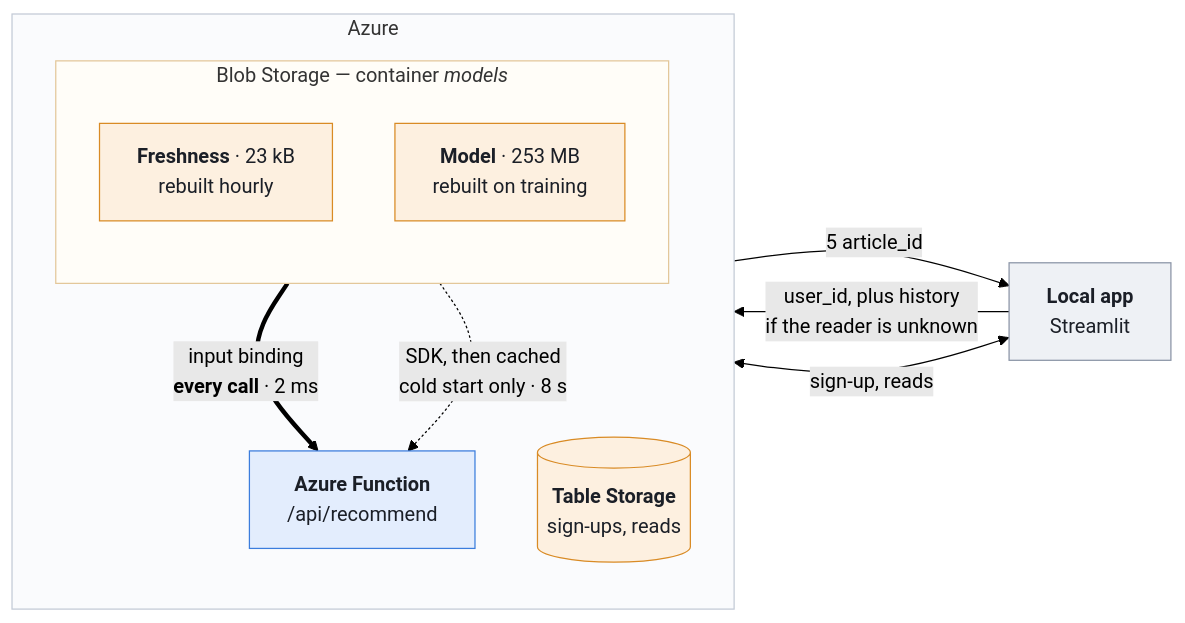
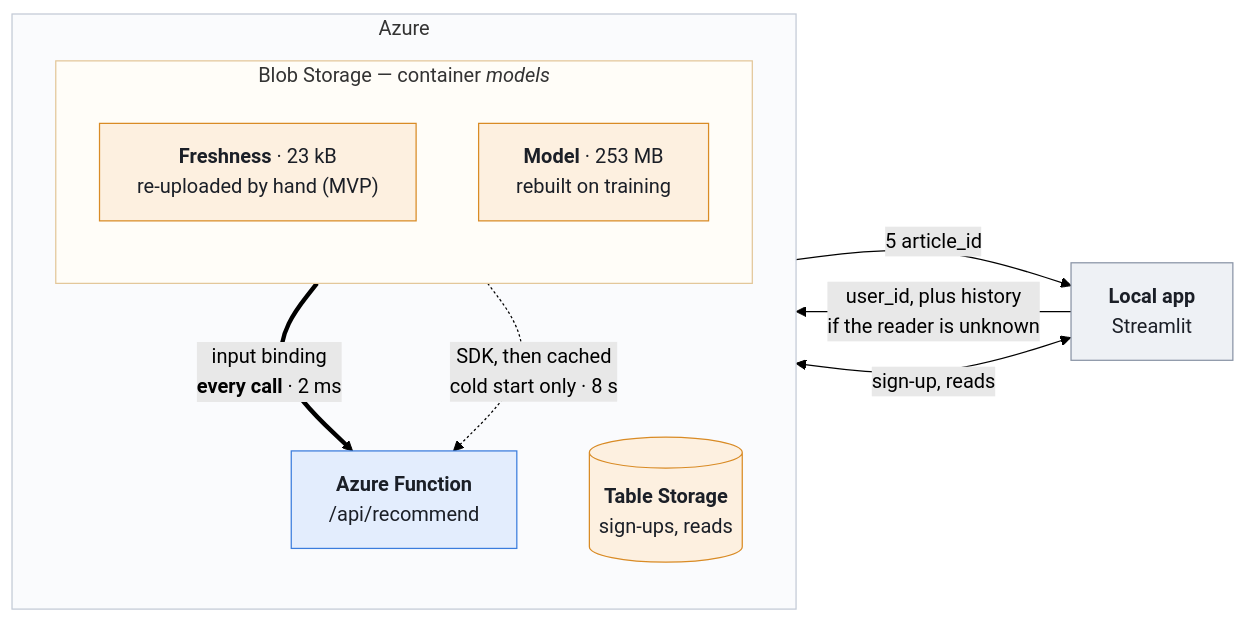
The first of 3 diagrams in docs/architecture.md (delnouty/Ricochet-content-recommendation), drawn with Mermaid (forest theme) before and after one commit. The commit also changed other lines of this file and 18 other files, not shown here.

````diff
--- a/docs/architecture.md
+++ b/docs/architecture.md
@@ -56,31 +56,31 @@
 ```mermaid
 flowchart LR
     app["<b>Local app</b><br/>Streamlit"]
 
     subgraph azure[" Azure "]
         direction TB
         fn["<b>Azure Function</b><br/>/api/recommend"]
         tables[("<b>Table Storage</b><br/>sign-ups, reads")]
 
         subgraph blob[" Blob Storage — container <i>models</i> "]
             direction TB
-            hot["<b>Freshness</b> · 23 kB<br/>rebuilt hourly"]
+            hot["<b>Freshness</b> · 23 kB<br/>re-uploaded by hand (MVP)"]
             cold["<b>Model</b> · 253 MB<br/>rebuilt on training"]
         end
     end
 
     app -->|"user_id, plus history<br/>if the reader is unknown"| fn
     fn -->|"5 article_id"| app
     app <-->|"sign-up, reads"| tables
     hot ==>|"input binding<br/><b>every call</b> · 2 ms"| fn
     cold -.->|"SDK, then cached<br/>cold start only · 8 s"| fn
 
     classDef client fill:#eef1f5,stroke:#8a94a6,color:#1b1f27
     classDef service fill:#e3edfd,stroke:#3b7ddd,color:#1b1f27
     classDef store fill:#fdf0e0,stroke:#d98b25,color:#1b1f27
     class app client
     class fn service
     class hot,cold,tables store
     style azure fill:#fafbfd,stroke:#c3cad6
     style blob fill:#fffdf8,stroke:#e3c79a
 ```
````
